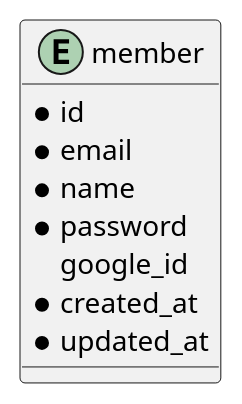
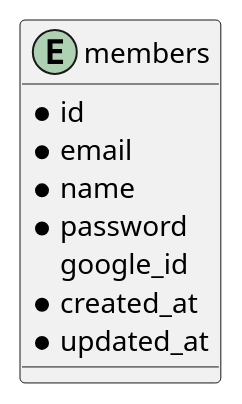
Before and after one commit to ijufumi/openreports-api: the diagram in docs/db/diagram.puml, drawn with PlantUML. The commit also changed 1 other file, not shown here.

```diff
--- a/docs/db/diagram.puml
+++ b/docs/db/diagram.puml
@@ -1,13 +1,13 @@
 @startuml
 
-entity member {
+entity members {
  * id
  * email
  * name
  * password
    google_id
  * created_at
  * updated_at
 }
 
 @enduml
```
